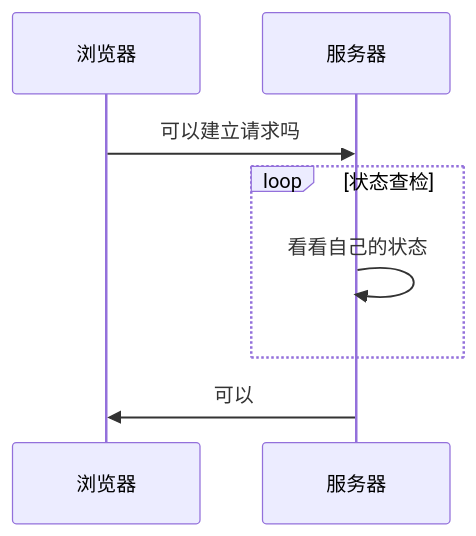
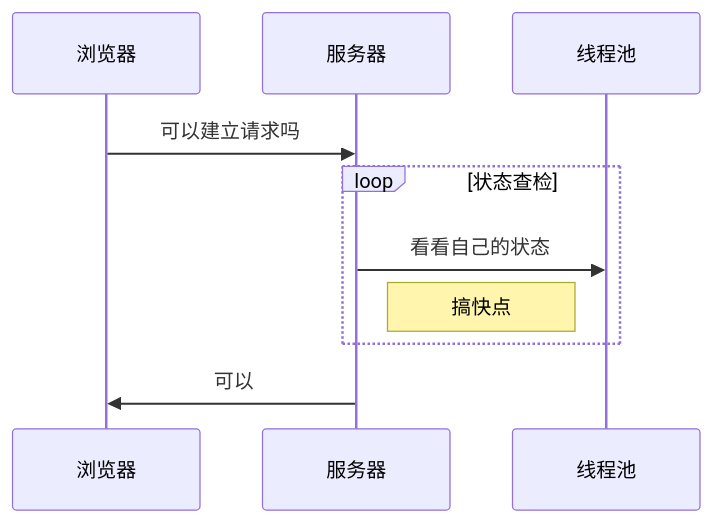
Before and after one commit to Echo-Yanglulu/obsidianPrivateNote: the diagram in 交流顺序图.md, drawn with Mermaid. The commit also changed 1 other file, not shown here.

Commit message:
backup: 2022-07-09 13:09:00
Affected files:
.obsidian/workspace
交流顺序图.md

````diff
--- a/交流顺序图.md
+++ b/交流顺序图.md
@@ -1,8 +1,9 @@
 ``` mermaid
 sequenceDiagram
 浏览器 ->> 服务器: 可以建立请求吗
 loop 状态查检
-服务器 ->> 服务器: 看看自己的状态
+服务器 ->> 线程池: 看看自己的状态
+Note right of 服务器: 搞快点
 end
 服务器 ->> 浏览器: 可以
 ```
````
